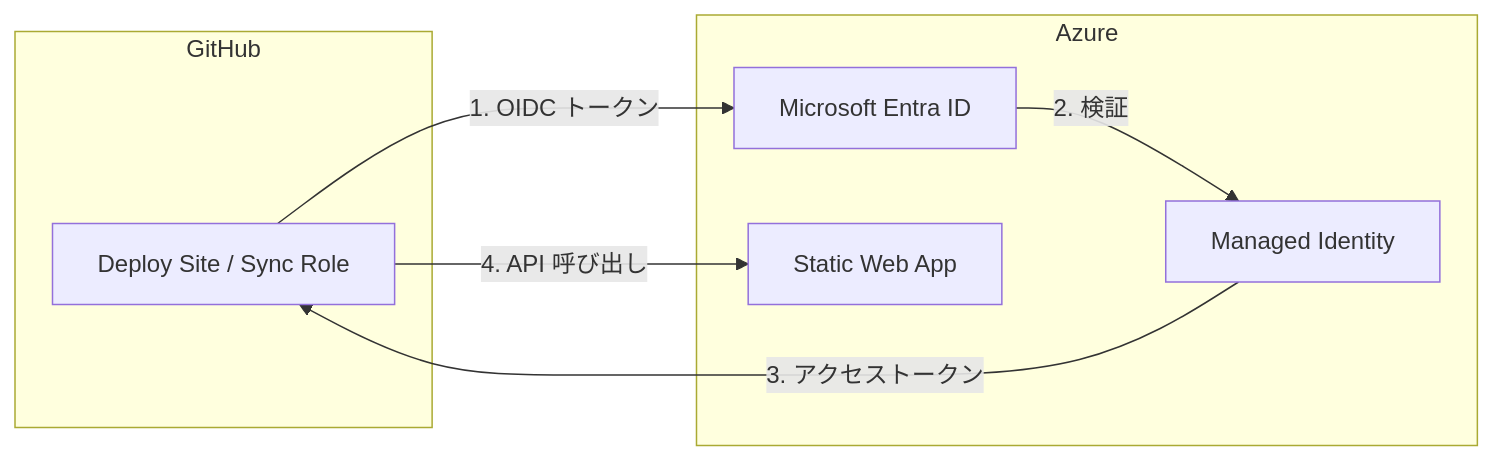
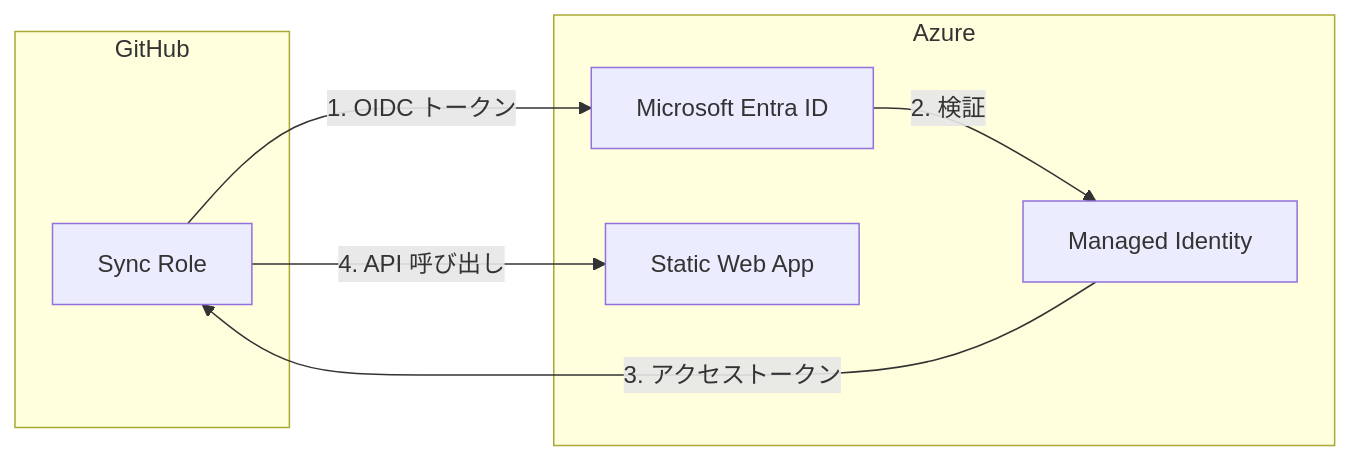
Before and after one commit to ssd-mkdocs-platform/ssd-mkdocs-sample: the fifth of 6 diagrams in docs/アーキテクチャー/deploy-architecture.md, drawn with Mermaid. The commit also changed other lines of this file, not shown here.

````diff
--- a/docs/アーキテクチャー/deploy-architecture.md
+++ b/docs/アーキテクチャー/deploy-architecture.md
@@ -184,17 +195,17 @@
 ```mermaid
 flowchart LR
     subgraph GitHub
-        WF["Deploy Site / Sync Role"]
+        WF["Sync Role"]
     end
 
     subgraph Azure
         Entra["Microsoft Entra ID"]
         MI["Managed Identity"]
         SWA["Static Web App"]
     end
 
     WF -->|1. OIDC トークン| Entra
     Entra -->|2. 検証| MI
     MI -->|3. アクセストークン| WF
     WF -->|4. API 呼び出し| SWA
 ```
````
